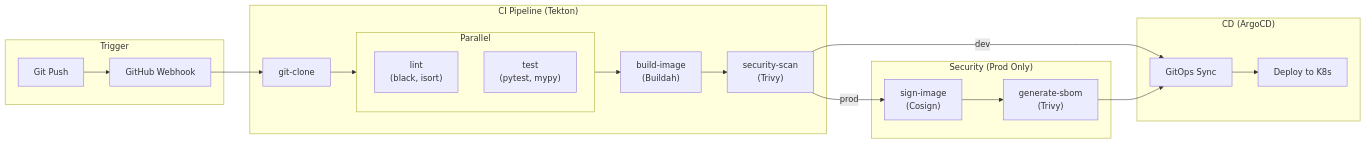
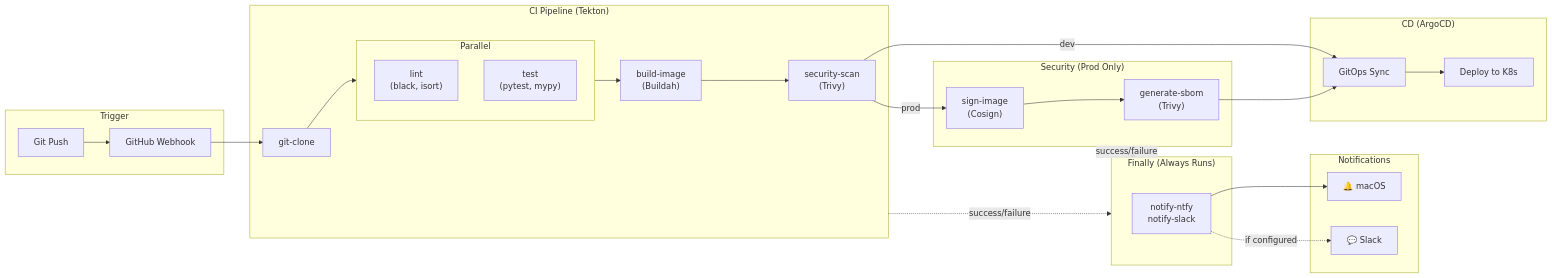
The ninth of 11 diagrams in docs/ARCHITECTURE.md (Deim0s13/newsbrief), drawn with Mermaid before and after one commit. The commit also changed other lines of this file and 7 other files, not shown here.

First line of the commit message:
feat: add pipeline notifications via ntfy.sh and Slack

````diff
--- a/docs/ARCHITECTURE.md
+++ b/docs/ARCHITECTURE.md
@@ -717,40 +723,54 @@
 ```mermaid
 flowchart LR
     subgraph Trigger["Trigger"]
         Push["Git Push"]
         Webhook["GitHub Webhook"]
     end
 
     subgraph CI["CI Pipeline (Tekton)"]
         Clone["git-clone"]
 
         subgraph Parallel["Parallel"]
             Lint["lint<br/>(black, isort)"]
             Test["test<br/>(pytest, mypy)"]
         end
 
         Build["build-image<br/>(Buildah)"]
         Scan["security-scan<br/>(Trivy)"]
     end
 
     subgraph Security["Security (Prod Only)"]
         Sign["sign-image<br/>(Cosign)"]
         SBOM["generate-sbom<br/>(Trivy)"]
     end
 
     subgraph CD["CD (ArgoCD)"]
         Sync["GitOps Sync"]
         Deploy["Deploy to K8s"]
     end
 
+    subgraph Finally["Finally (Always Runs)"]
+        Notify["notify-ntfy<br/>notify-slack"]
+    end
+
+    subgraph Delivery["Notifications"]
+        macOS["🔔 macOS"]
+        Slack["💬 Slack"]
+    end
+
     Push --> Webhook
     Webhook --> Clone
     Clone --> Parallel
     Parallel --> Build
     Build --> Scan
     Scan -->|"dev"| Sync
     Scan -->|"prod"| Sign
     Sign --> SBOM
     SBOM --> Sync
     Sync --> Deploy
+
+    CI -.->|"success/failure"| Finally
+    Security -.->|"success/failure"| Finally
+    Notify --> macOS
+    Notify -.->|"if configured"| Slack
 ```
````
